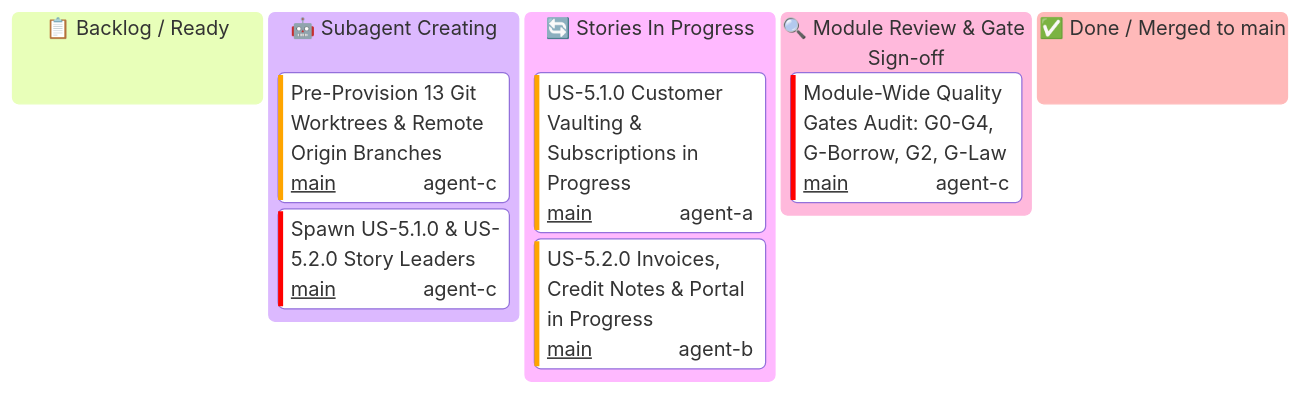
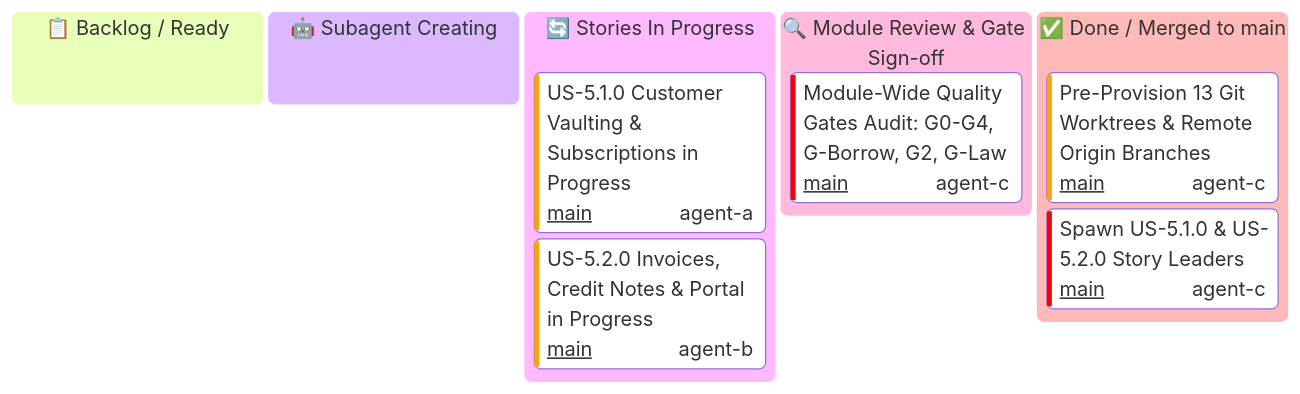
One commit to some-of-cs/some-stripe changed the first of 3 diagrams in docs/user-stories/module-5-customers-and-billing/KANBAN.md. Above: the diagram before and after it, drawn with Mermaid. The commit also changed other lines of this file and 1 other file, not shown here.

Commit message:
docs(us-5.1.0): record all 5 units merged into story branch

````diff
--- a/docs/user-stories/module-5-customers-and-billing/KANBAN.md
+++ b/docs/user-stories/module-5-customers-and-billing/KANBAN.md
@@ -22,18 +24,18 @@
 ```mermaid
 ---
 config:
   kanban:
     ticketBaseUrl: 'https://github.com/some-of-cs/some-stripe/pull/#TICKET#'
 ---
 kanban
   todo[📋 Backlog / Ready]
   spawning[🤖 Subagent Creating]
-    m5_setup[Pre-Provision 13 Git Worktrees & Remote Origin Branches]@{ ticket: 'main', assigned: 'agent-c', priority: 'High' }
-    m5_spawn_stories[Spawn US-5.1.0 & US-5.2.0 Story Leaders]@{ ticket: 'main', assigned: 'agent-c', priority: 'Very High' }
   in_progress[🔄 Stories In Progress]
     m5_s51_progress[US-5.1.0 Customer Vaulting & Subscriptions in Progress]@{ ticket: 'main', assigned: 'agent-a', priority: 'High' }
     m5_s52_progress[US-5.2.0 Invoices, Credit Notes & Portal in Progress]@{ ticket: 'main', assigned: 'agent-b', priority: 'High' }
   review[🔍 Module Review & Gate Sign-off]
     m5_gates[Module-Wide Quality Gates Audit: G0-G4, G-Borrow, G2, G-Law]@{ ticket: 'main', assigned: 'agent-c', priority: 'Very High' }
   done[✅ Done / Merged to main]
+    m5_setup[Pre-Provision 13 Git Worktrees & Remote Origin Branches]@{ ticket: 'main', assigned: 'agent-c', priority: 'High' }
+    m5_spawn_stories[Spawn US-5.1.0 & US-5.2.0 Story Leaders]@{ ticket: 'main', assigned: 'agent-c', priority: 'Very High' }
 ```
````
